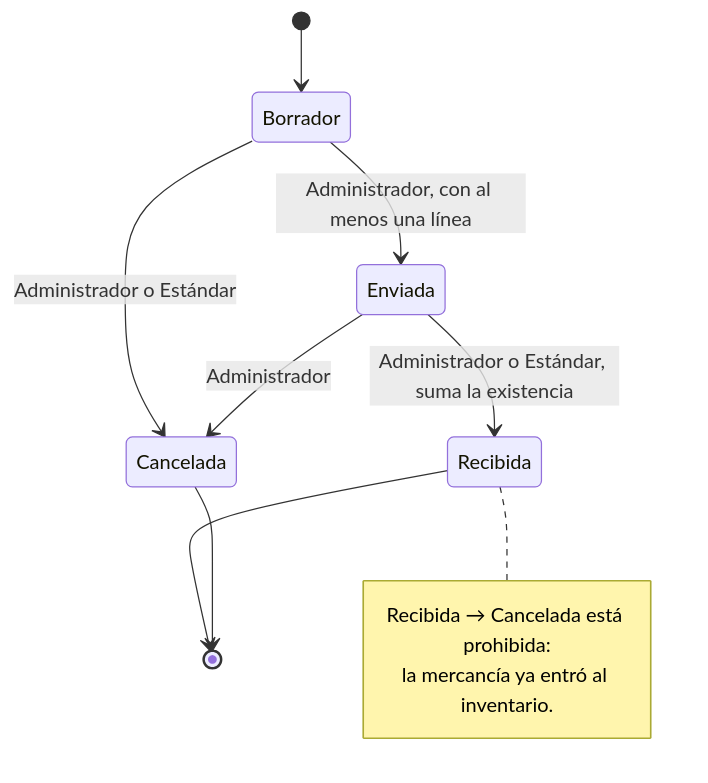
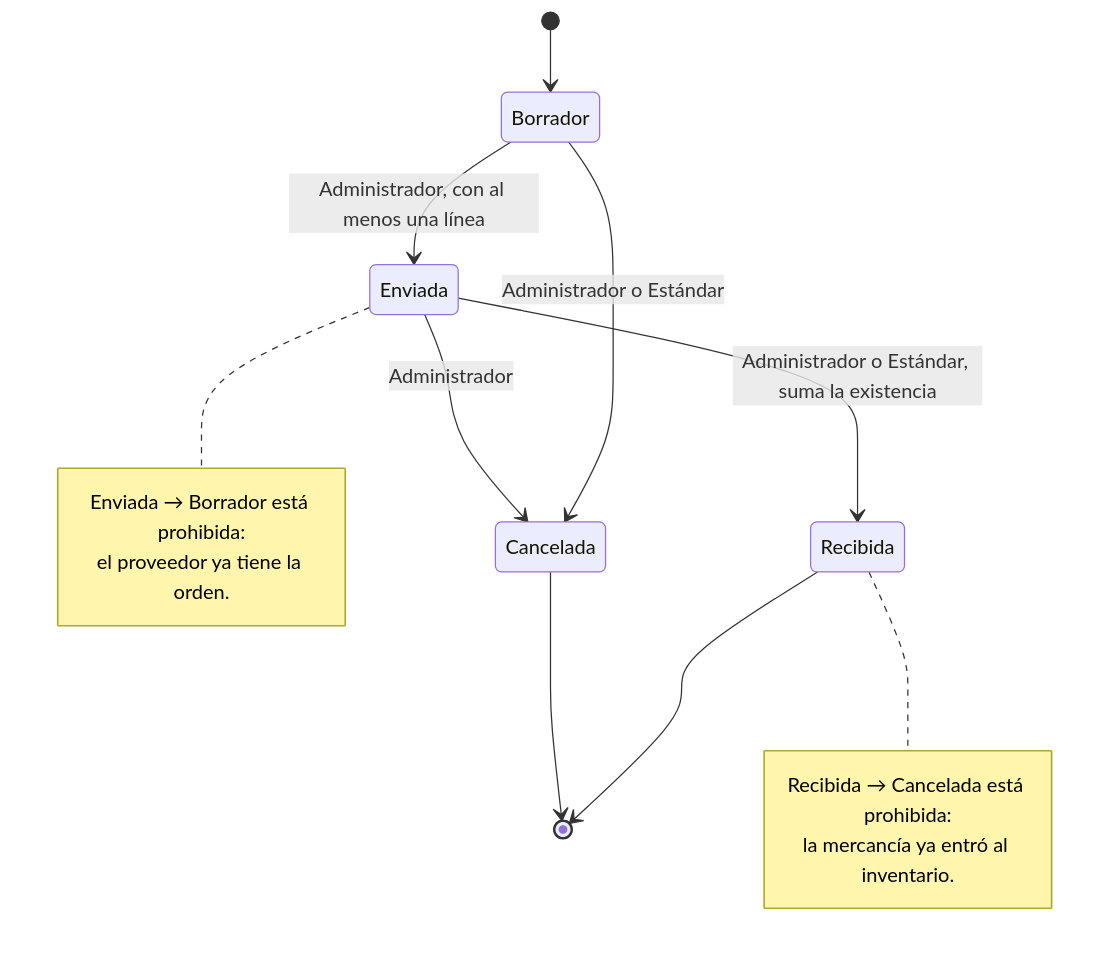
One commit to yojairoivan-sketch/Proyecto-Final-P3 changed the diagram in docs/maquina-de-estados.md. Above: the diagram before and after it, drawn with Mermaid. The commit also changed other lines of this file and 2 other files, not shown here.

````diff
--- a/docs/maquina-de-estados.md
+++ b/docs/maquina-de-estados.md
@@ -34,14 +49,18 @@
 ```mermaid
 stateDiagram-v2
     [*] --> Borrador
     Borrador --> Enviada: Administrador, con al menos una línea
     Borrador --> Cancelada: Administrador o Estándar
     Enviada --> Recibida: Administrador o Estándar, suma la existencia
     Enviada --> Cancelada: Administrador
     Recibida --> [*]
     Cancelada --> [*]
+    note right of Enviada
+        Enviada → Borrador está prohibida:
+        el proveedor ya tiene la orden.
+    end note
     note right of Recibida
         Recibida → Cancelada está prohibida:
         la mercancía ya entró al inventario.
     end note
 ```
````
